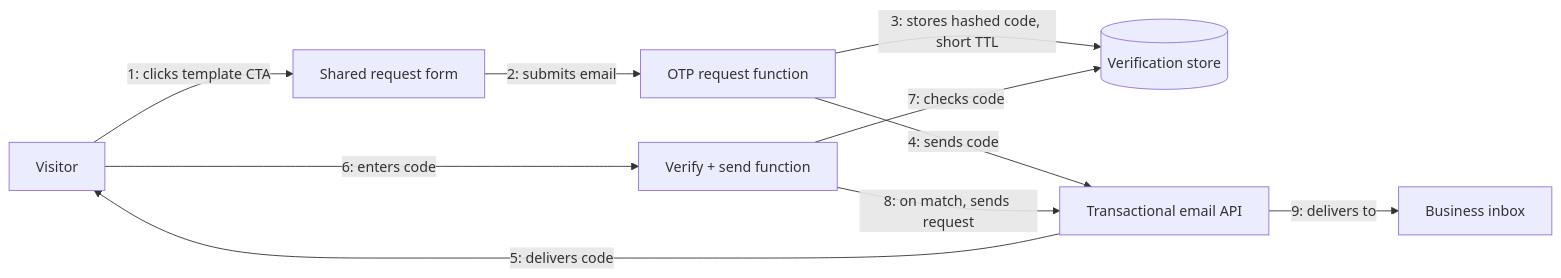
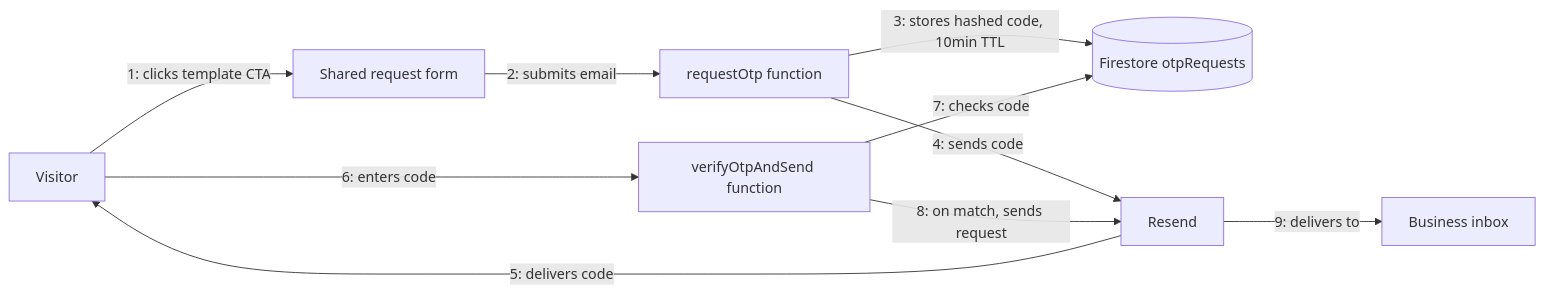
One commit to anthchilaka/mpa-web-clone-v2 changed the second of 2 diagrams in ARCHITECTURE.md. Above: the diagram before and after it, drawn with Mermaid. The commit also changed other lines of this file, not shown here.

First line of the commit message:
Update ARCHITECTURE.md to reflect the email flow is built and live

````diff
--- a/ARCHITECTURE.md
+++ b/ARCHITECTURE.md
@@ -30,12 +28,12 @@
 ```mermaid
 flowchart LR
     Visitor -->|1: clicks template CTA| Form[Shared request form]
-    Form -->|2: submits email| OTPFn[OTP request function]
-    OTPFn -->|3: stores hashed code, short TTL| Store[(Verification store)]
-    OTPFn -->|4: sends code| EmailAPI[Transactional email API]
+    Form -->|2: submits email| OTPFn[requestOtp function]
+    OTPFn -->|3: stores hashed code, 10min TTL| Store[(Firestore otpRequests)]
+    OTPFn -->|4: sends code| EmailAPI[Resend]
     EmailAPI -->|5: delivers code| Visitor
-    Visitor -->|6: enters code| VerifyFn[Verify + send function]
+    Visitor -->|6: enters code| VerifyFn[verifyOtpAndSend function]
     VerifyFn -->|7: checks code| Store
     VerifyFn -->|8: on match, sends request| EmailAPI
     EmailAPI -->|9: delivers to| Inbox[Business inbox]
 ```
````
